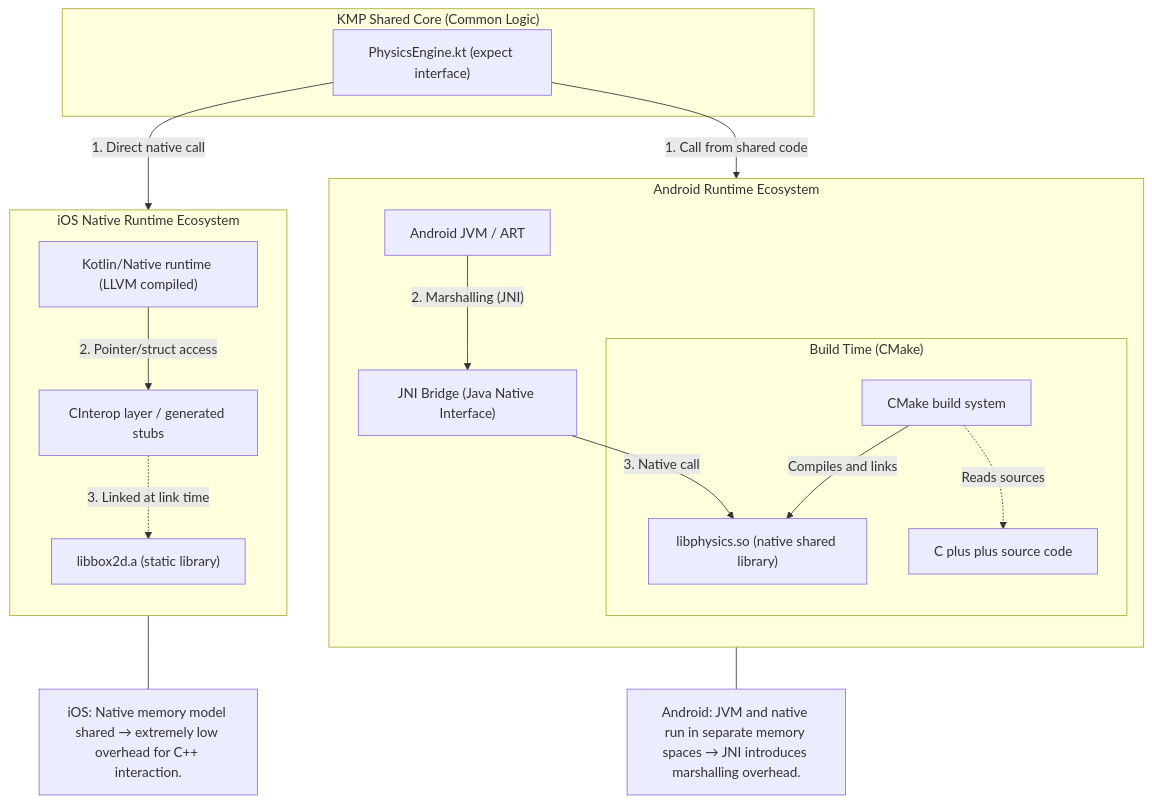
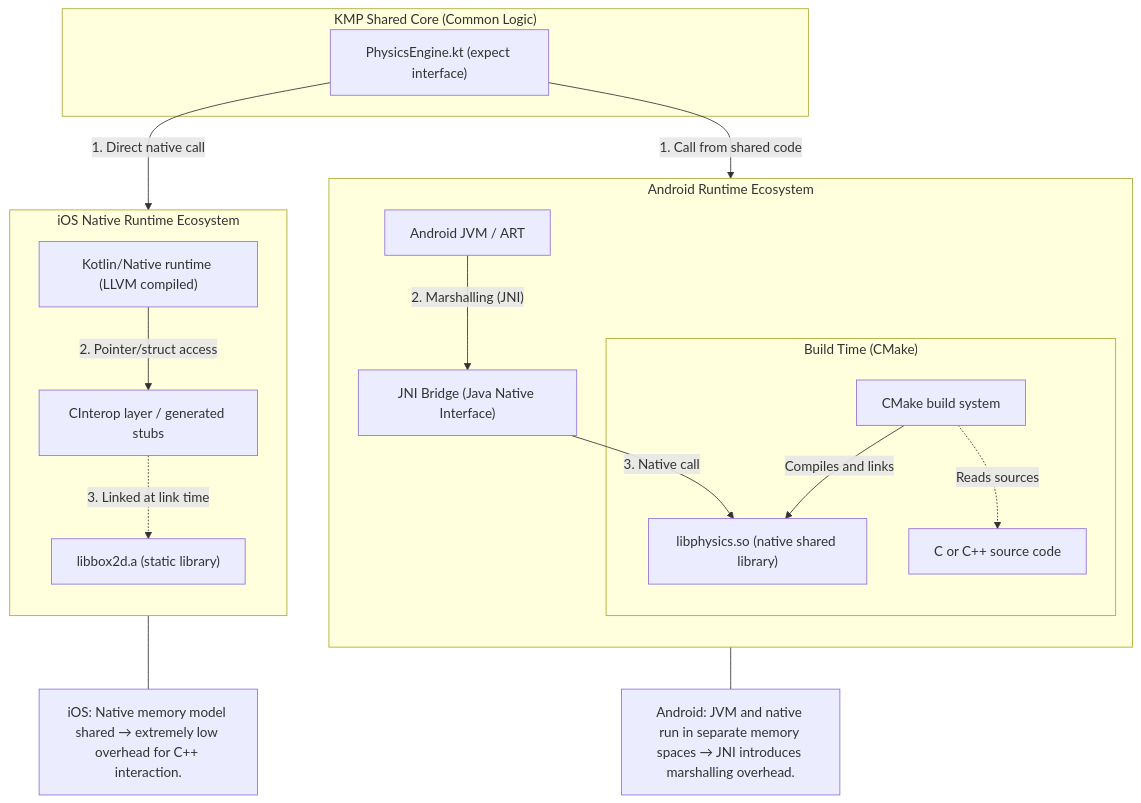
The diagram in README.md (Hasan-Tuncay/ThreeBodySimulation), drawn with Mermaid before and after one commit.

````diff
--- a/README.md
+++ b/README.md
@@ -47,48 +47,48 @@
 ```mermaid
 flowchart TD
 
     %% 1. Shared KMP core
     subgraph SHARED_CORE["KMP Shared Core (Common Logic)"]
         K["PhysicsEngine.kt (expect interface)"]
     end
 
     %% 2. Android world
     subgraph ANDROID_WORLD["Android Runtime Ecosystem"]
         direction TB
 
         JVM["Android JVM / ART"]
         JNI["JNI Bridge (Java Native Interface)"]
         SO["libphysics.so (native shared library)"]
 
         subgraph ANDROID_BUILD["Build Time (CMake)"]
             CMAKE["CMake build system"]
-            CXX["C plus plus source code"]
+            CXX["C or C++ source code"]
             CMAKE -->|"Compiles and links"| SO
             CMAKE -.->|"Reads sources"| CXX
         end
 
         K -->|"1. Call from shared code"| JVM
         JVM -->|"2. Marshalling (JNI)"| JNI
         JNI -->|"3. Native call"| SO
     end
 
     %% 3. iOS world
     subgraph IOS_WORLD["iOS Native Runtime Ecosystem"]
         direction TB
 
         KN["Kotlin/Native runtime (LLVM compiled)"]
         CIO["CInterop layer / generated stubs"]
         LIB["libbox2d.a (static library)"]
 
         K -->|"1. Direct native call"| KN
         KN -->|"2. Pointer/struct access"| CIO
         CIO -.->|"3. Linked at link time"| LIB
     end
 
     %% Notes
     NOTE_ANDROID["Android: JVM and native run in separate memory spaces → JNI introduces marshalling overhead."]
     NOTE_IOS["iOS: Native memory model shared → extremely low overhead for C++ interaction."]
 
     ANDROID_WORLD --- NOTE_ANDROID
     IOS_WORLD --- NOTE_IOS
 ```
````
